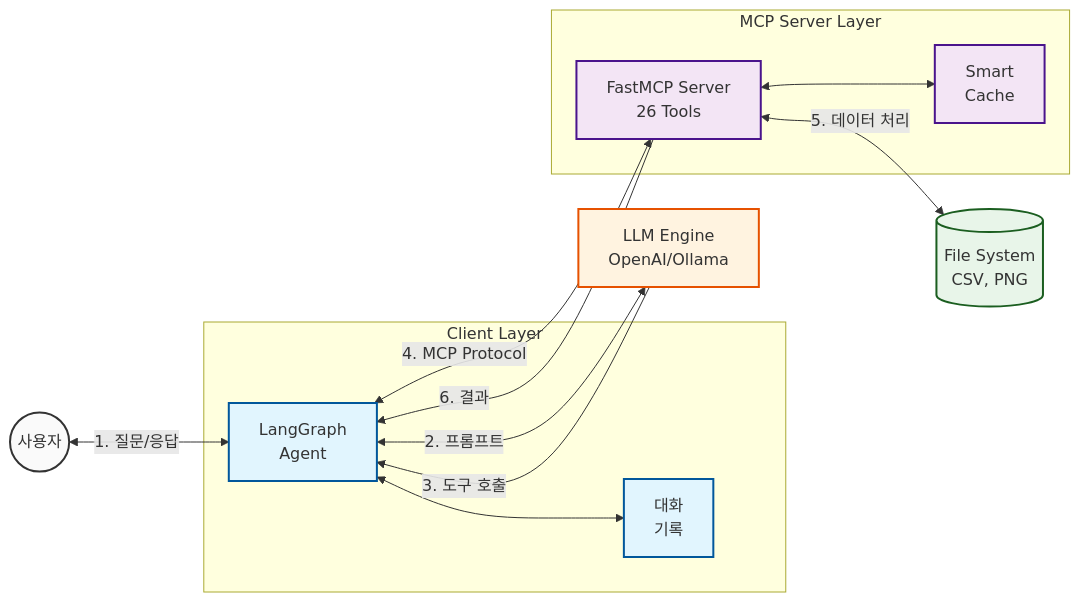
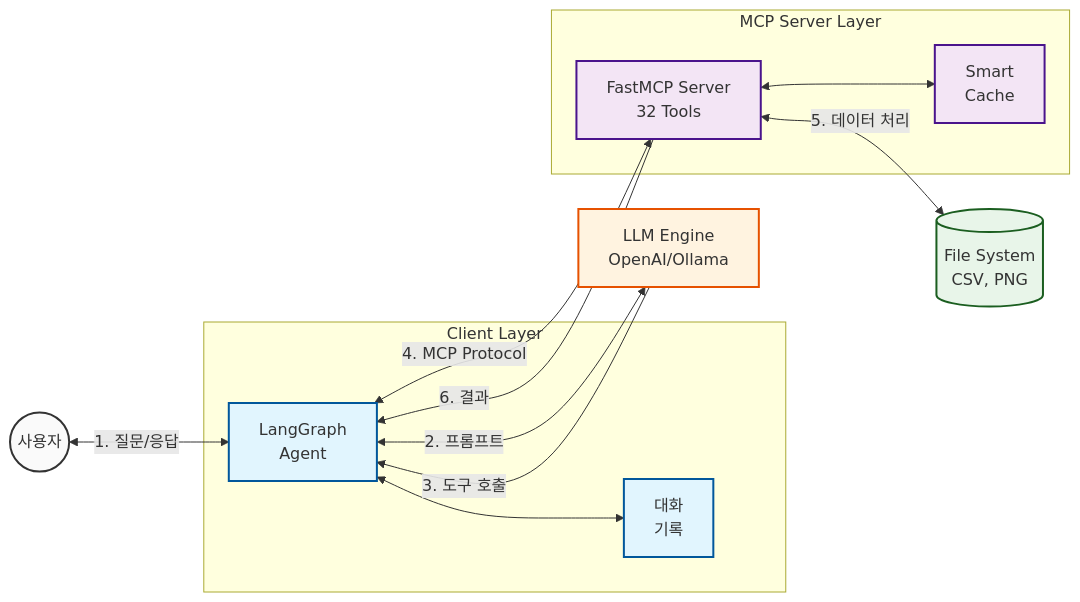
Before and after one commit to chaeminyoon/Data-Analyze-MCP: the diagram in README.md, drawn with Mermaid. The commit also changed other lines of this file and 20 other files, not shown here.

````diff
--- a/README.md
+++ b/README.md
@@ -15,40 +15,40 @@
 ```mermaid
 graph LR
     %% Styles
     classDef blue fill:#e1f5fe,stroke:#01579b,stroke-width:2px
     classDef purple fill:#f3e5f5,stroke:#4a148c,stroke-width:2px
     classDef orange fill:#fff3e0,stroke:#e65100,stroke-width:2px
     classDef green fill:#e8f5e9,stroke:#1b5e20,stroke-width:2px
     classDef gray fill:#fafafa,stroke:#333,stroke-width:2px
 
     User((사용자))
     
     subgraph Client [Client Layer]
         Agent[LangGraph<br/>Agent]
         Hist[대화<br/>기록]
     end
     
     LLM[LLM Engine<br/>OpenAI/Ollama]
     
     subgraph MCPLayer [MCP Server Layer]
-        Server[FastMCP Server<br/>26 Tools]
+        Server[FastMCP Server<br/>32 Tools]
         Cache[Smart<br/>Cache]
     end
     
     Files[(File System<br/>CSV, PNG)]
 
     User <-->|1. 질문/응답| Agent
     Agent <--> Hist
     Agent <-->|2. 프롬프트| LLM
     LLM -->|3. 도구 호출| Agent
     Agent <-->|4. MCP Protocol| Server
     Server <--> Cache
     Server <-->|5. 데이터 처리| Files
     Server -->|6. 결과| Agent
 
     class User gray
     class Agent,Hist blue
     class LLM orange
     class Server,Cache purple
     class Files green
 ```
````
